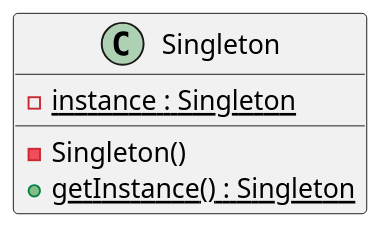
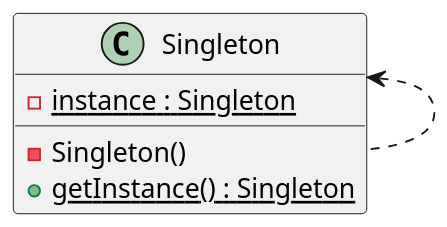
Before and after one commit to jarchen/java-design-pattern: the diagram in Singleton/resources/SingletonClassDiagram.puml, drawn with PlantUML. The commit also changed 4 other files, not shown here.

```diff
--- a/Singleton/resources/SingletonClassDiagram.puml
+++ b/Singleton/resources/SingletonClassDiagram.puml
@@ -1,10 +1,12 @@
 @startuml
 scale 1.5
 
 class Singleton {
     - {static} instance : Singleton
     - Singleton()
     + {static} getInstance() : Singleton
 }
 
+Singleton <.. Singleton
+
 @enduml
```
